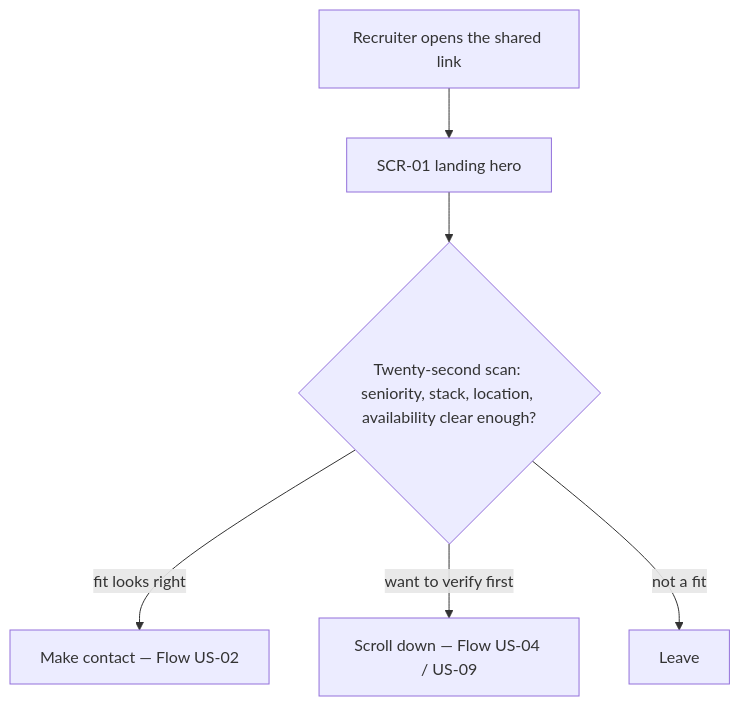
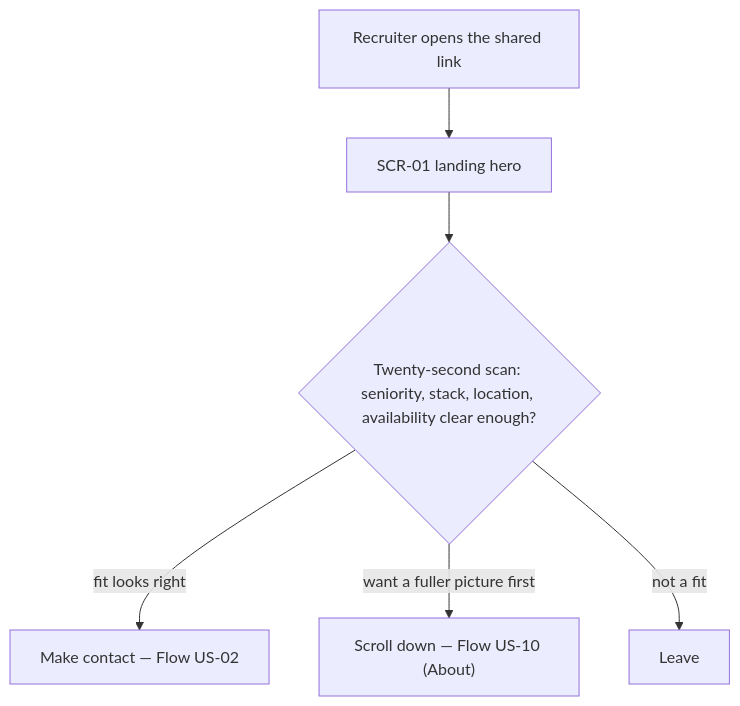
The first of 5 diagrams in docs/features/personal-landing/ux-flows.md (financeasist/personal-page), drawn with Mermaid before and after one commit. The commit also changed other lines of this file and 2 other files, not shown here.

First line of the commit message:
ux-flows: personal-landing — re-sync to phone-out / About-in scope

````diff
--- a/docs/features/personal-landing/ux-flows.md
+++ b/docs/features/personal-landing/ux-flows.md
@@ -44,8 +51,8 @@
 ```mermaid
 flowchart TD
     A["Recruiter opens the shared link"] --> B["SCR-01 landing hero"]
     B --> C{"Twenty-second scan: seniority, stack, location, availability clear enough?"}
     C -->|"fit looks right"| D["Make contact — Flow US-02"]
-    C -->|"want to verify first"| E["Scroll down — Flow US-04 / US-09"]
+    C -->|"want a fuller picture first"| E["Scroll down — Flow US-10 (About)"]
     C -->|"not a fit"| F["Leave"]
 ```
````
